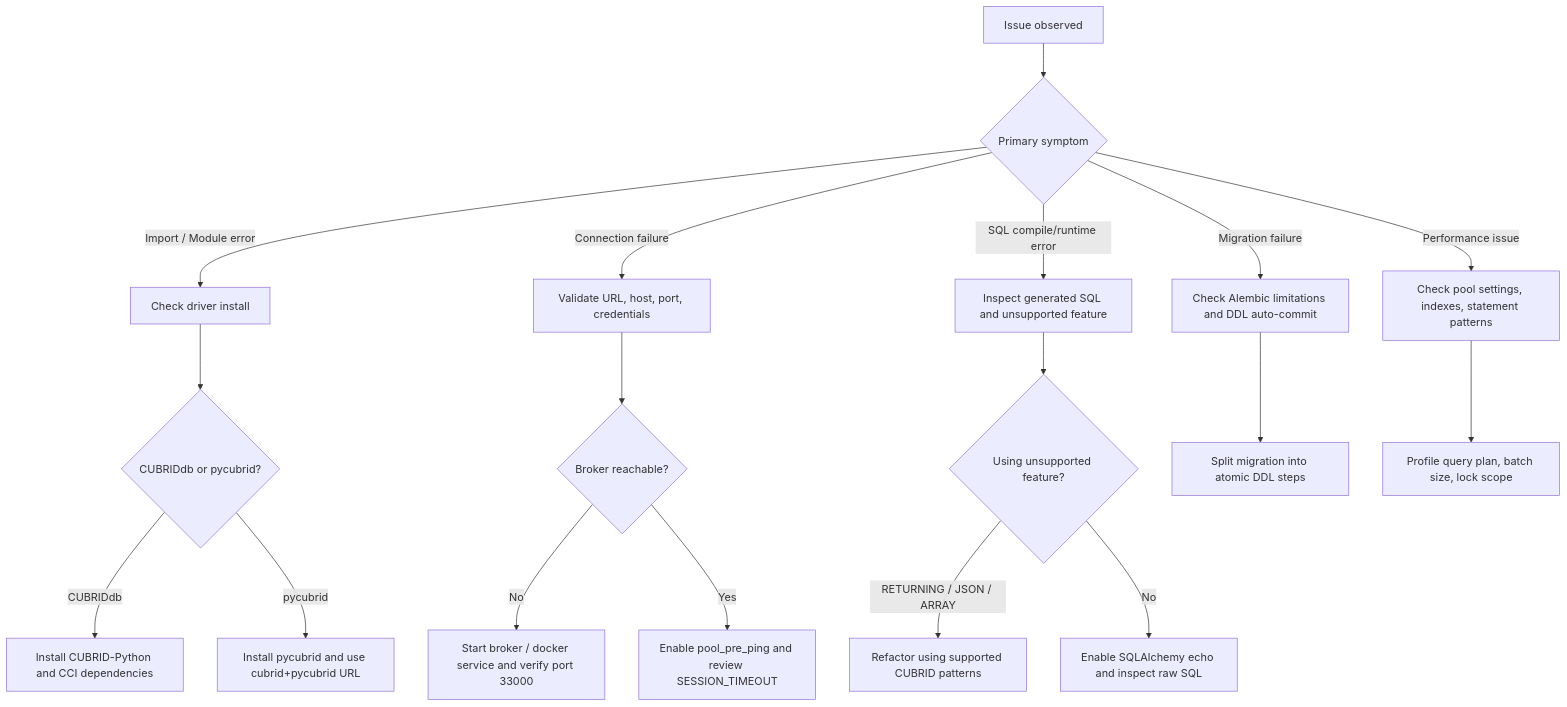
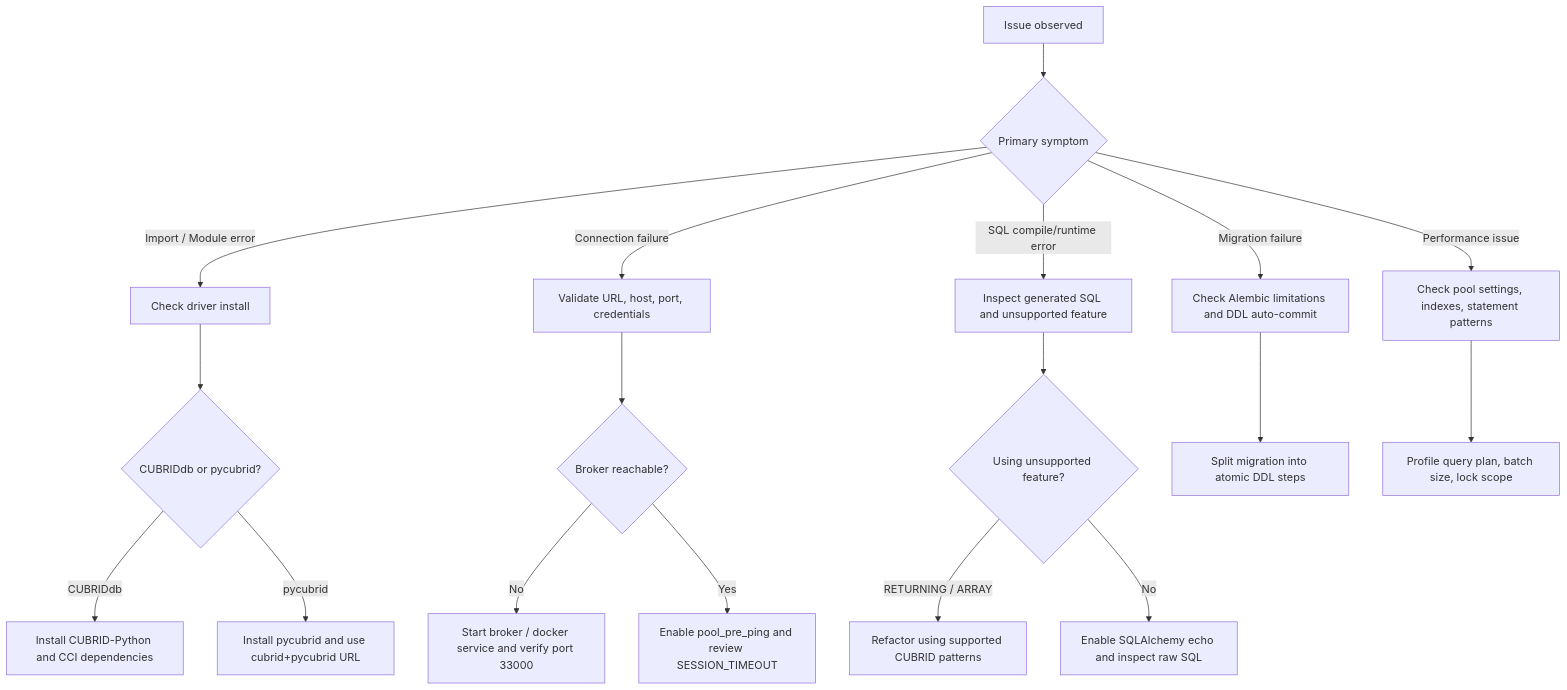
Before and after one commit to cubrid-labs/sqlalchemy-cubrid: the diagram in docs/TROUBLESHOOTING.md, drawn with Mermaid. The commit also changed other lines of this file and 17 other files, not shown here.

````diff
--- a/docs/TROUBLESHOOTING.md
+++ b/docs/TROUBLESHOOTING.md
@@ -1187,24 +1210,24 @@
 ```mermaid
 flowchart TD
     start[Issue observed] --> kind{Primary symptom}
     kind -->|Import / Module error| install[Check driver install]
     kind -->|Connection failure| conn[Validate URL, host, port, credentials]
     kind -->|SQL compile/runtime error| sql[Inspect generated SQL and unsupported feature]
     kind -->|Migration failure| mig[Check Alembic limitations and DDL auto-commit]
     kind -->|Performance issue| perf[Check pool settings, indexes, statement patterns]
 
     install --> i1{CUBRIDdb or pycubrid?}
     i1 -->|CUBRIDdb| i2[Install CUBRID-Python and CCI dependencies]
     i1 -->|pycubrid| i3[Install pycubrid and use cubrid+pycubrid URL]
 
     conn --> c1{Broker reachable?}
     c1 -->|No| c2[Start broker / docker service and verify port 33000]
     c1 -->|Yes| c3[Enable pool_pre_ping and review SESSION_TIMEOUT]
 
     sql --> s1{Using unsupported feature?}
-    s1 -->|RETURNING / JSON / ARRAY| s2[Refactor using supported CUBRID patterns]
+    s1 -->|RETURNING / ARRAY| s2[Refactor using supported CUBRID patterns]
     s1 -->|No| s3[Enable SQLAlchemy echo and inspect raw SQL]
 
     mig --> m1[Split migration into atomic DDL steps]
     perf --> p1[Profile query plan, batch size, lock scope]
 ```
````
